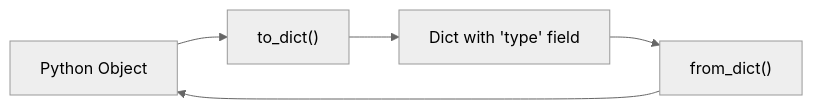
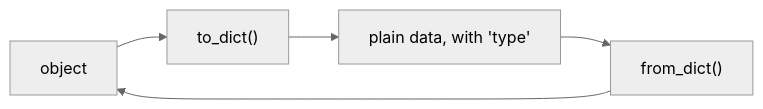
One commit to Torward1024/MSB changed the second of 2 diagrams in docs/architecture.md. Above: the diagram before and after it, drawn with Mermaid (neutral theme). The commit also changed other lines of this file and 5 other files, not shown here.

First line of the commit message:
12.08.2026 -- Rewrite base.md, docs/README.md, architecture.md and the diagrams.

````diff
--- a/docs/architecture.md
+++ b/docs/architecture.md
@@ -178,7 +87,7 @@
 ```mermaid
 flowchart LR
-    A["Python Object"] --> B["to_dict()"]
-    B --> C["Dict with 'type' field"]
+    A["object"] --> B["to_dict()"]
+    B --> C["plain data, with 'type'"]
     C --> D["from_dict()"]
     D --> A
 ```
````
